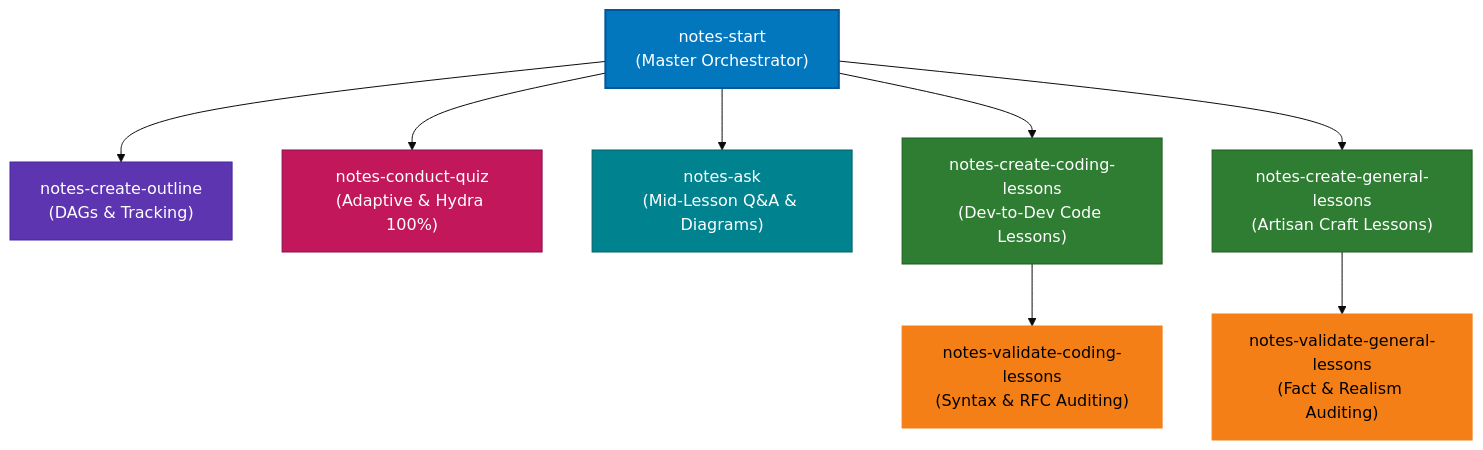
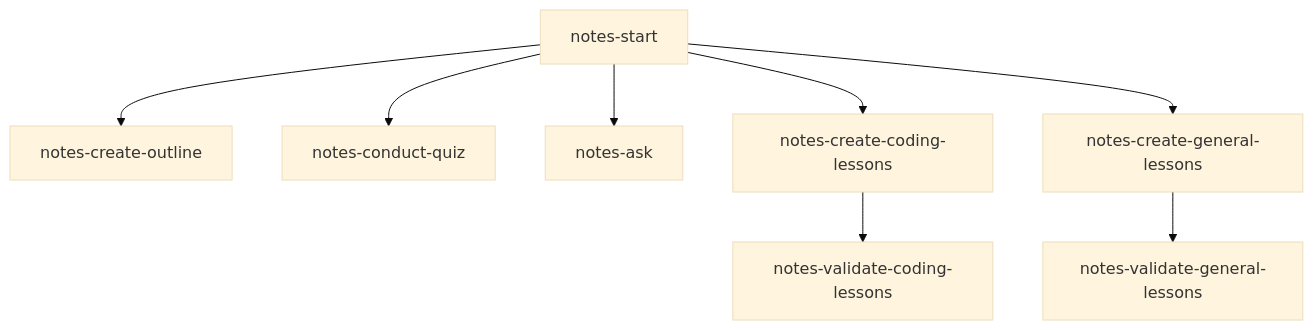
Before and after one commit to asquilatan/notes-skills: the diagram in README.md, drawn with Mermaid (base theme). The commit also changed other lines of this file and 2 other files, not shown here.

````diff
--- a/README.md
+++ b/README.md
@@ -11,29 +5,19 @@
 ```mermaid
 graph TD
-    classDef orchestrator fill:#0277bd,stroke:#01579b,color:#ffffff,stroke-width:2px;
-    classDef outline fill:#5e35b1,stroke:#4527a0,color:#ffffff;
-    classDef author fill:#2e7d32,stroke:#1b5e20,color:#ffffff;
-    classDef audit fill:#f57f17,stroke:#f57f17,color:#000000;
-    classDef assess fill:#c2185b,stroke:#880e4f,color:#ffffff;
-    classDef qa fill:#00838f,stroke:#006064,color:#ffffff;
-
-    Start["notes-start<br/>(Master Orchestrator)"]:::orchestrator
-    
-    Outline["notes-create-outline<br/>(DAGs & Tracking)"]:::outline
-    Quiz["notes-conduct-quiz<br/>(Adaptive & Hydra 100%)"]:::assess
-    Ask["notes-ask<br/>(Mid-Lesson Q&A & Diagrams)"]:::qa
-    
-    CodingLessons["notes-create-coding-lessons<br/>(Dev-to-Dev Code Lessons)"]:::author
-    GeneralLessons["notes-create-general-lessons<br/>(Artisan Craft Lessons)"]:::author
-    
-    ValidateCode["notes-validate-coding-lessons<br/>(Syntax & RFC Auditing)"]:::audit
-    ValidateGeneral["notes-validate-general-lessons<br/>(Fact & Realism Auditing)"]:::audit
+    Start["notes-start"]
+    Outline["notes-create-outline"]
+    Quiz["notes-conduct-quiz"]
+    Ask["notes-ask"]
+    CodingLessons["notes-create-coding-lessons"]
+    GeneralLessons["notes-create-general-lessons"]
+    ValidateCode["notes-validate-coding-lessons"]
+    ValidateGeneral["notes-validate-general-lessons"]
 
     Start --> Outline
     Start --> Quiz
     Start --> Ask
     Start --> CodingLessons
     Start --> GeneralLessons
     CodingLessons --> ValidateCode
     GeneralLessons --> ValidateGeneral
 ```
````
